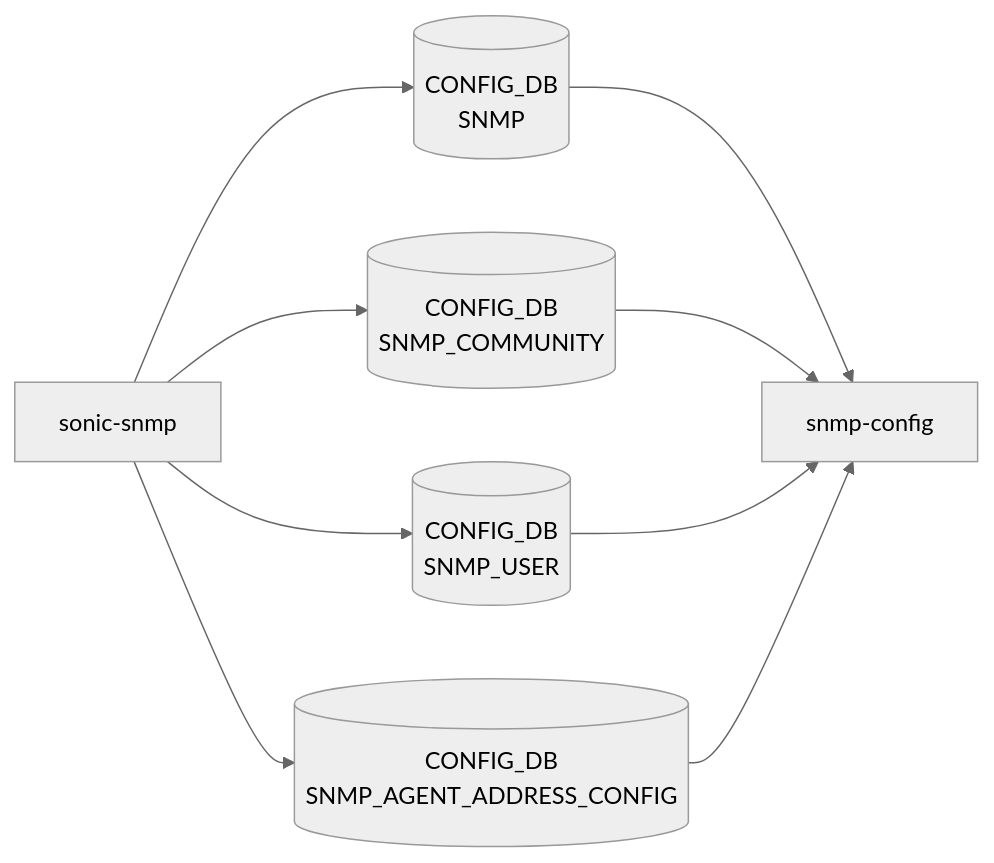
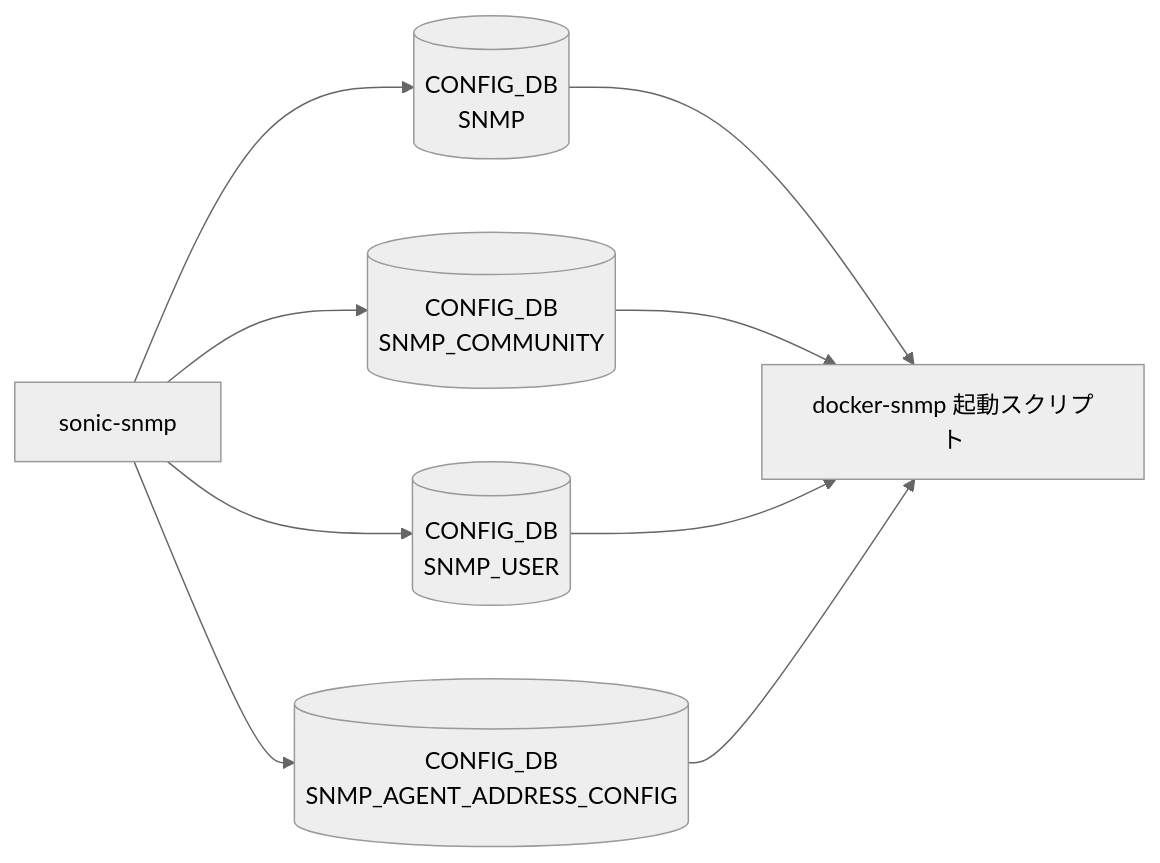
One commit to aoki-taquan/sonic-unofficial-docs changed the diagram in docs/reference/yang/sonic-snmp.md. Above: the diagram before and after it, drawn with Mermaid (neutral theme). The commit also changed 6 other files, not shown here.

First line of the commit message:
fix(snmp): replace fabricated snmp-config daemon with verified snmpd config path

````diff
--- a/docs/reference/yang/sonic-snmp.md
+++ b/docs/reference/yang/sonic-snmp.md
@@ -39,17 +39,17 @@
 ```mermaid
 flowchart LR
   Y["sonic-snmp"]
   C1[("CONFIG_DB<br/>SNMP")]
   Y --> C1
-  D1["snmp-config"]
+  D1["docker-snmp 起動スクリプト"]
   C1 --> D1
   C2[("CONFIG_DB<br/>SNMP_COMMUNITY")]
   Y --> C2
   C2 --> D1
   C3[("CONFIG_DB<br/>SNMP_USER")]
   Y --> C3
   C3 --> D1
   C4[("CONFIG_DB<br/>SNMP_AGENT_ADDRESS_CONFIG")]
   Y --> C4
   C4 --> D1
 ```
````
